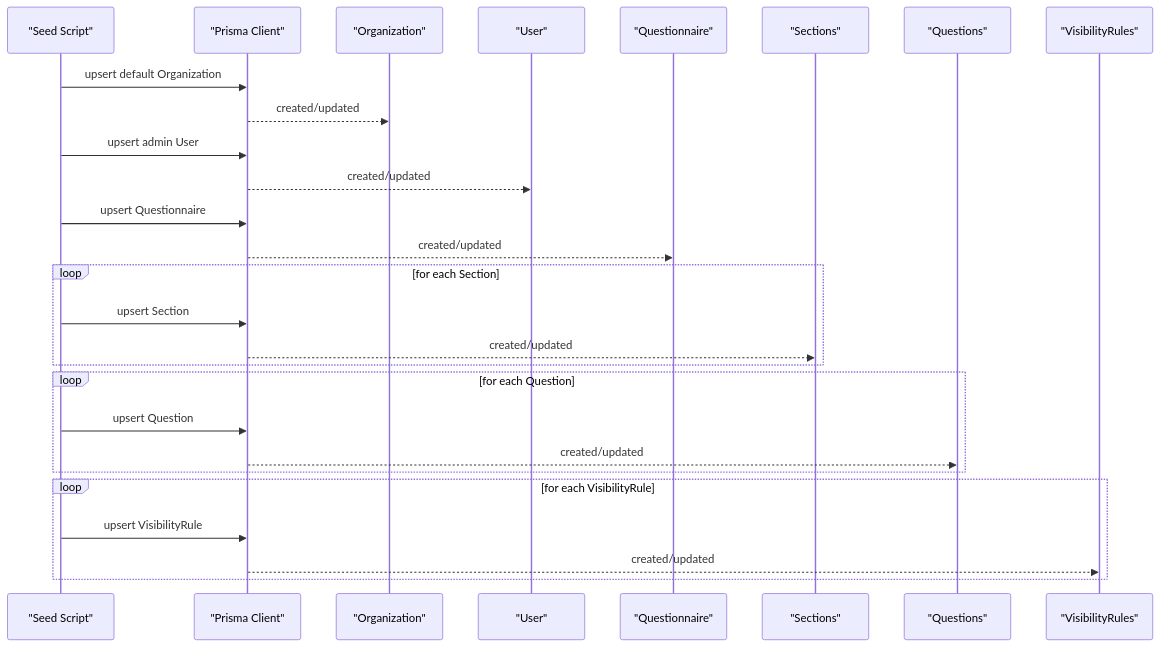
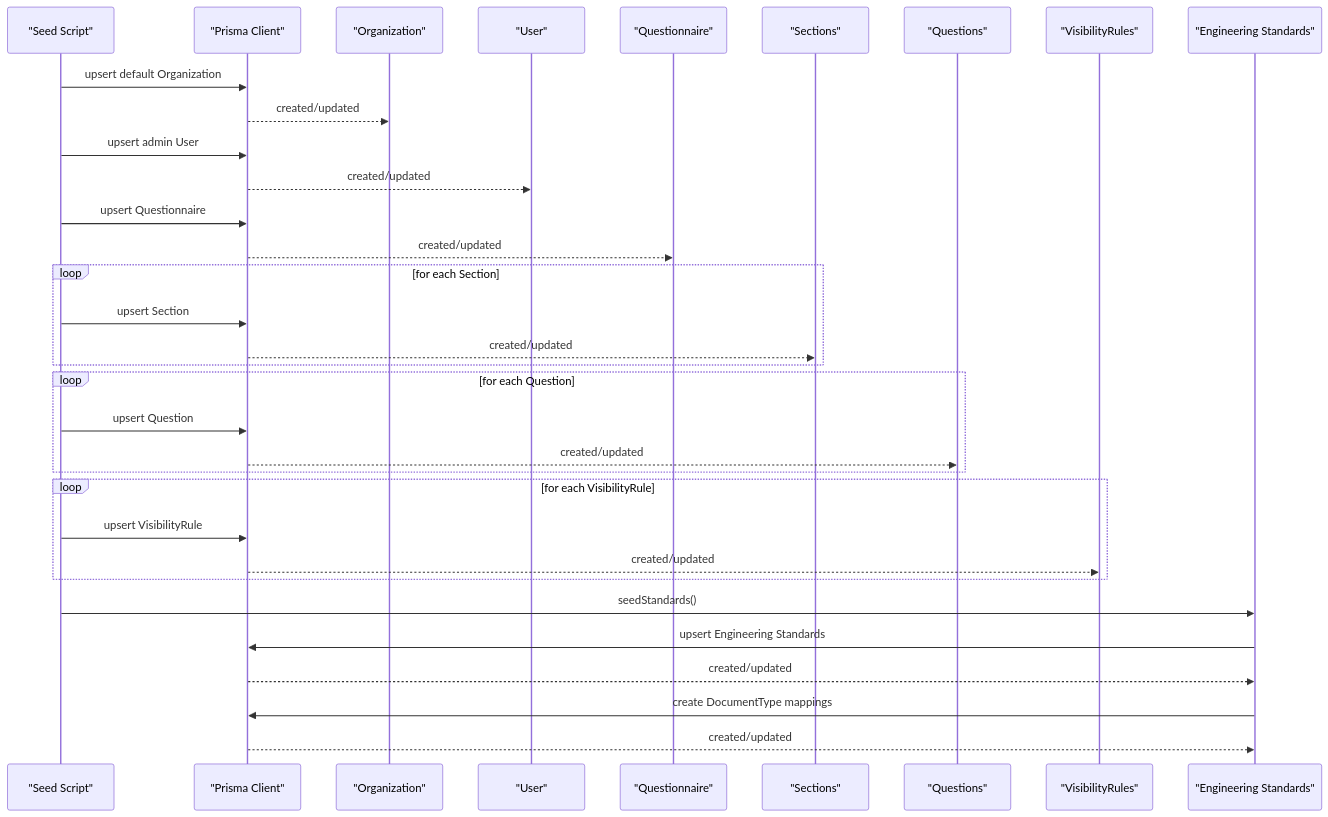
Before and after one commit to Avi-Bendetsky/Quiz-to-build: the sixth of 6 diagrams in .qoder/repowiki/en/content/Data Models and Database Schema.md, drawn with Mermaid. The commit also changed other lines of this file and 41 other files, not shown here.

````diff
--- a/.qoder/repowiki/en/content/Data Models and Database Schema.md
+++ b/.qoder/repowiki/en/content/Data Models and Database Schema.md
@@ -638,29 +677,35 @@
 ```mermaid
 sequenceDiagram
 participant Seeder as "Seed Script"
 participant Prisma as "Prisma Client"
 participant Org as "Organization"
 participant Admin as "User"
 participant Quest as "Questionnaire"
 participant Sec as "Sections"
 participant Q as "Questions"
 participant VR as "VisibilityRules"
+participant Standards as "Engineering Standards"
 Seeder->>Prisma : upsert default Organization
 Prisma-->>Org : created/updated
 Seeder->>Prisma : upsert admin User
 Prisma-->>Admin : created/updated
 Seeder->>Prisma : upsert Questionnaire
 Prisma-->>Quest : created/updated
 loop for each Section
 Seeder->>Prisma : upsert Section
 Prisma-->>Sec : created/updated
 end
 loop for each Question
 Seeder->>Prisma : upsert Question
 Prisma-->>Q : created/updated
 end
 loop for each VisibilityRule
 Seeder->>Prisma : upsert VisibilityRule
 Prisma-->>VR : created/updated
 end
+Seeder->>Standards : seedStandards()
+Standards->>Prisma : upsert Engineering Standards
+Prisma-->>Standards : created/updated
+Standards->>Prisma : create DocumentType mappings
+Prisma-->>Standards : created/updated
 ```
````
